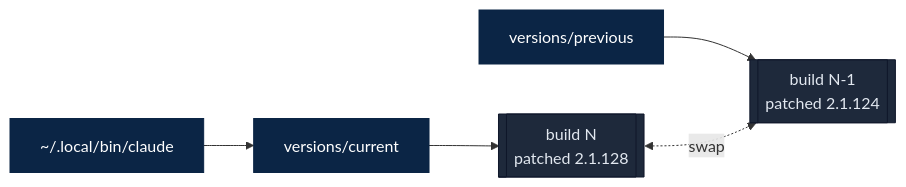
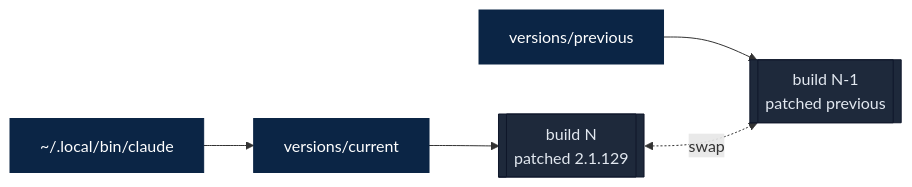
The second of 3 diagrams in README.md (camjac251/cc-enhanced), drawn with Mermaid before and after one commit. The commit also changed other lines of this file, not shown here.

````diff
--- a/README.md
+++ b/README.md
@@ -70,13 +70,13 @@
 ```mermaid
 flowchart LR
     Launcher["~/.local/bin/claude"] --> Current["versions/current"]
     Previous["versions/previous"]
-    Current --> NewBuild[["build N<br/>patched 2.1.128"]]
-    Previous --> OldBuild[["build N-1<br/>patched 2.1.124"]]
+    Current --> NewBuild[["build N<br/>patched 2.1.129"]]
+    Previous --> OldBuild[["build N-1<br/>patched previous"]]
     NewBuild <-. swap .-> OldBuild
 
     classDef sym fill:#0b2545,stroke:#0b2545,color:#fff
     classDef build fill:#1e293b,stroke:#0f172a,color:#e2e8f0
     class Launcher,Current,Previous sym
     class NewBuild,OldBuild build
 ```
````
